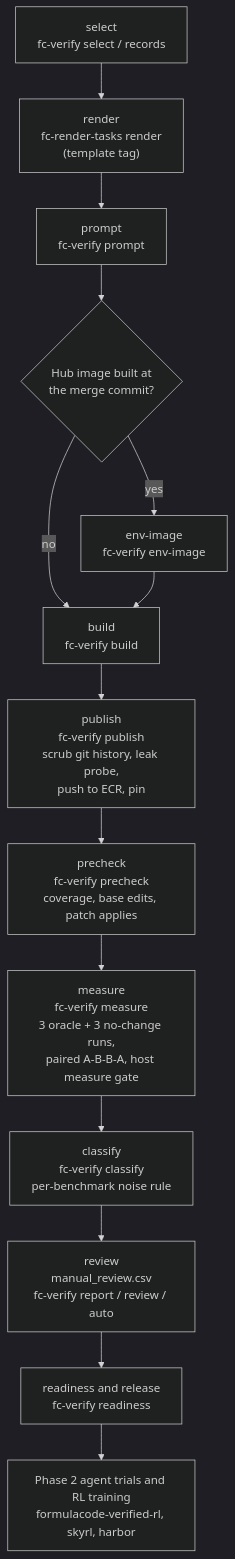
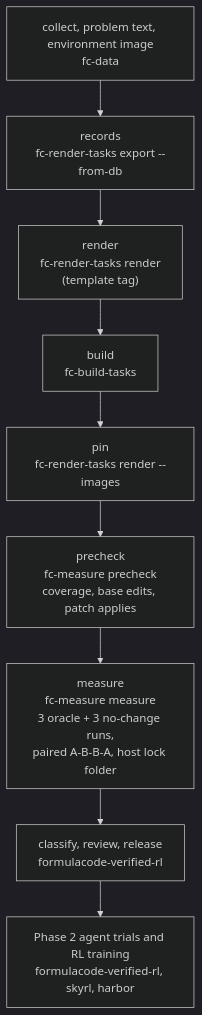
The diagram in docs/OVERVIEW.md (formula-code/datasmith), drawn with Mermaid (dark theme) before and after one commit. The commit also changed other lines of this file and 13 other files, not shown here.

Commit message:
docs: overview and CLAUDE.md describe fc-measure, fc-build-tasks and the lock folder; delete the stale module design notes and the dataset/verify.py loop

````diff
--- a/docs/OVERVIEW.md
+++ b/docs/OVERVIEW.md
@@ -17,16 +17,11 @@
 ```mermaid
 flowchart TD
-    A["select<br/>fc-verify select / records"] --> B["render<br/>fc-render-tasks render<br/>(template tag)"]
-    B --> C["prompt<br/>fc-verify prompt"]
-    C --> D{"Hub image built at<br/>the merge commit?"}
-    D -- yes --> E["env-image<br/>fc-verify env-image"]
-    D -- no --> F
-    E --> F["build<br/>fc-verify build"]
-    F --> G["publish<br/>fc-verify publish<br/>scrub git history, leak probe,<br/>push to ECR, pin"]
-    G --> H["precheck<br/>fc-verify precheck<br/>coverage, base edits, patch applies"]
-    H --> I["measure<br/>fc-verify measure<br/>3 oracle + 3 no-change runs,<br/>paired A-B-B-A, host measure gate"]
-    I --> J["classify<br/>fc-verify classify<br/>per-benchmark noise rule"]
-    J --> K["review<br/>manual_review.csv<br/>fc-verify report / review / auto"]
-    K --> L["readiness and release<br/>fc-verify readiness"]
-    L --> M["Phase 2 agent trials and RL training<br/>formulacode-verified-rl, skyrl, harbor"]
+    A["collect, problem text, environment image<br/>fc-data"] --> B["records<br/>fc-render-tasks export --from-db"]
+    B --> C["render<br/>fc-render-tasks render<br/>(template tag)"]
+    C --> D["build<br/>fc-build-tasks"]
+    D --> E["pin<br/>fc-render-tasks render --images"]
+    E --> F["precheck<br/>fc-measure precheck<br/>coverage, base edits, patch applies"]
+    F --> G["measure<br/>fc-measure measure<br/>3 oracle + 3 no-change runs,<br/>paired A-B-B-A, host lock folder"]
+    G --> H["classify, review, release<br/>formulacode-verified-rl"]
+    H --> I["Phase 2 agent trials and RL training<br/>formulacode-verified-rl, skyrl, harbor"]
 ```
````
